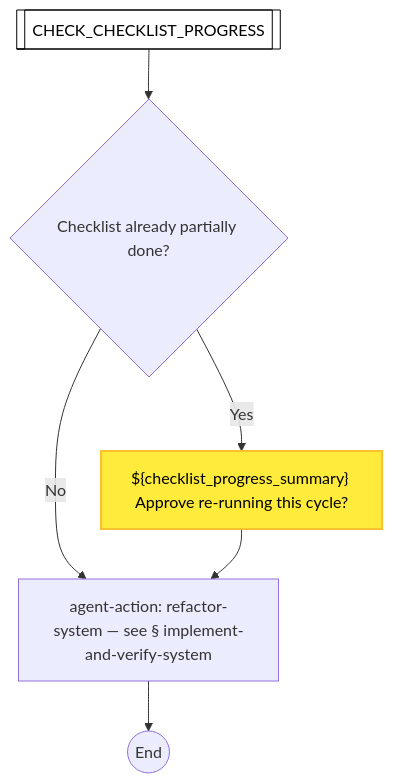
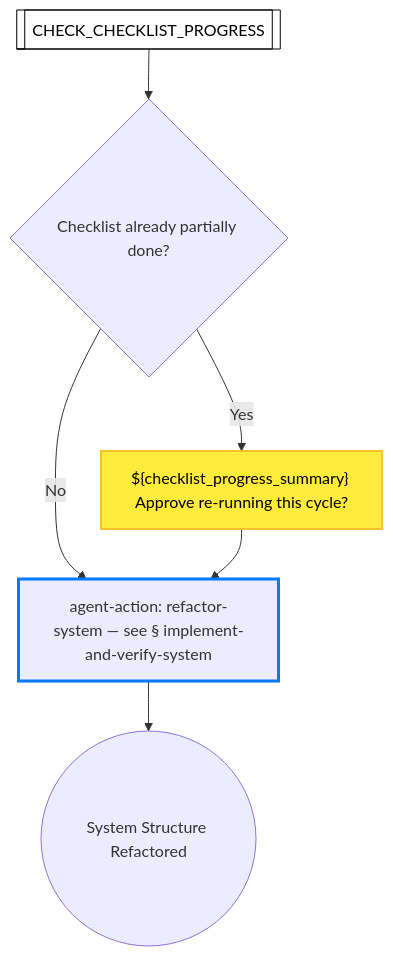
Before and after one commit to optivem/gh-optivem: diagram 11 of 50 in docs/process-diagram.md, drawn with Mermaid. The commit also changed other lines of this file and 5 other files, not shown here.

````diff
--- a/docs/process-diagram.md
+++ b/docs/process-diagram.md
@@ -232,20 +264,23 @@
 ```mermaid
 flowchart TD
     CHECK_CHECKLIST_PROGRESS[[CHECK_CHECKLIST_PROGRESS]]
     GATE_CHECKLIST_PARTIALLY_DONE{Checklist already partially done?}
     IMPLEMENT_AND_VERIFY_SYSTEM[agent-action: refactor-system — see § implement-and-verify-system]
-    REFACTOR_SYSTEM_STRUCTURE_END((End))
+    REFACTOR_SYSTEM_STRUCTURE_END((System Structure Refactored))
     STOP_CHECKLIST_PARTIALLY_DONE["${checklist_progress_summary} Approve re-running this cycle?"]
 
     CHECK_CHECKLIST_PROGRESS --> GATE_CHECKLIST_PARTIALLY_DONE
     GATE_CHECKLIST_PARTIALLY_DONE -- Yes --> STOP_CHECKLIST_PARTIALLY_DONE
     GATE_CHECKLIST_PARTIALLY_DONE -- No --> IMPLEMENT_AND_VERIFY_SYSTEM
     STOP_CHECKLIST_PARTIALLY_DONE --> IMPLEMENT_AND_VERIFY_SYSTEM
     IMPLEMENT_AND_VERIFY_SYSTEM --> REFACTOR_SYSTEM_STRUCTURE_END
 
     classDef serviceNode fill:#ffffff,stroke:#000000,stroke-width:1px,color:#000000
     class CHECK_CHECKLIST_PROGRESS serviceNode
 
     classDef humanNode fill:#ffeb3b,stroke:#fbc02d,stroke-width:2px,color:#000000
     class STOP_CHECKLIST_PARTIALLY_DONE humanNode
+
+    classDef tddRefactorNode stroke:#007bff,stroke-width:3px
+    class IMPLEMENT_AND_VERIFY_SYSTEM tddRefactorNode
 ```
````
